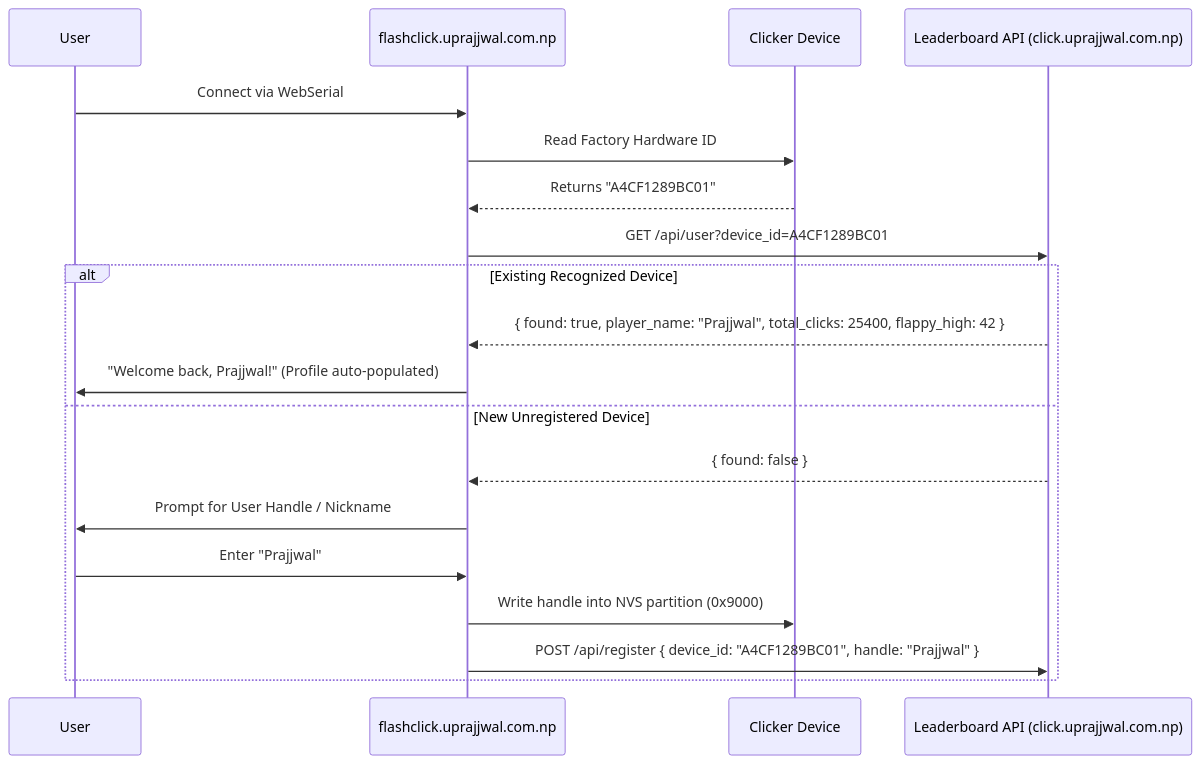
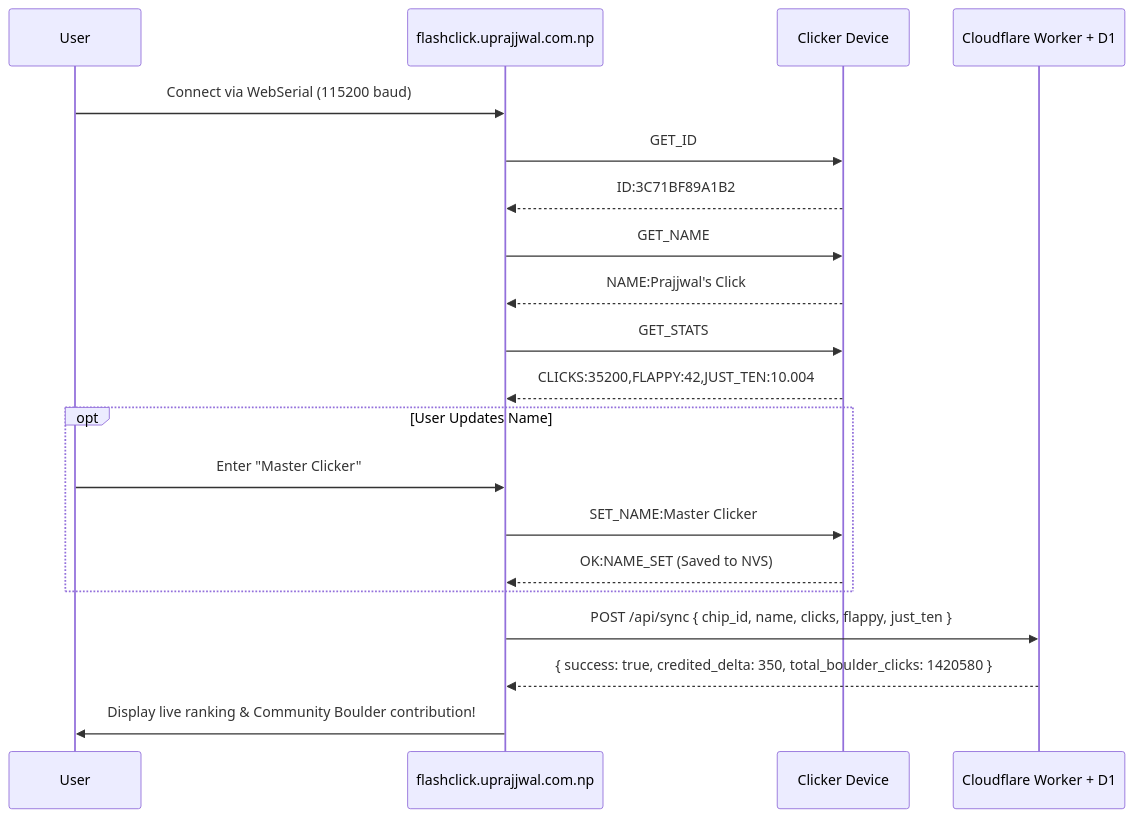
One commit to prajjwalprajjwal/Click changed the diagram in docs/device_identification_and_leaderboard.md. Above: the diagram before and after it, drawn with Mermaid. The commit also changed other lines of this file and 17 other files, not shown here.

````diff
--- a/docs/device_identification_and_leaderboard.md
+++ b/docs/device_identification_and_leaderboard.md
@@ -54,23 +59,25 @@
 ```mermaid
 sequenceDiagram
     participant User
     participant WebFlasher as flashclick.uprajjwal.com.np
     participant Device as Clicker Device
-    participant Backend as Leaderboard API (click.uprajjwal.com.np)
+    participant Cloud as Cloudflare Worker + D1
 
-    User->>WebFlasher: Connect via WebSerial
-    WebFlasher->>Device: Read Factory Hardware ID
-    Device-->>WebFlasher: Returns "A4CF1289BC01"
-    WebFlasher->>Backend: GET /api/user?device_id=A4CF1289BC01
-    
-    alt Existing Recognized Device
-        Backend-->>WebFlasher: { found: true, player_name: "Prajjwal", total_clicks: 25400, flappy_high: 42 }
-        WebFlasher->>User: "Welcome back, Prajjwal!" (Profile auto-populated)
-    else New Unregistered Device
-        Backend-->>WebFlasher: { found: false }
-        WebFlasher->>User: Prompt for User Handle / Nickname
-        User->>WebFlasher: Enter "Prajjwal"
-        WebFlasher->>Device: Write handle into NVS partition (0x9000)
-        WebFlasher->>Backend: POST /api/register { device_id: "A4CF1289BC01", handle: "Prajjwal" }
+    User->>WebFlasher: Connect via WebSerial (115200 baud)
+    WebFlasher->>Device: GET_ID
+    Device-->>WebFlasher: ID:3C71BF89A1B2
+    WebFlasher->>Device: GET_NAME
+    Device-->>WebFlasher: NAME:Prajjwal's Click
+    WebFlasher->>Device: GET_STATS
+    Device-->>WebFlasher: CLICKS:35200,FLAPPY:42,JUST_TEN:10.004
+
+    opt User Updates Name
+        User->>WebFlasher: Enter "Master Clicker"
+        WebFlasher->>Device: SET_NAME:Master Clicker
+        Device-->>WebFlasher: OK:NAME_SET (Saved to NVS)
     end
+
+    WebFlasher->>Cloud: POST /api/sync { chip_id, name, clicks, flappy, just_ten }
+    Cloud-->>WebFlasher: { success: true, credited_delta: 350, total_boulder_clicks: 1420580 }
+    WebFlasher->>User: Display live ranking & Community Boulder contribution!
 ```
````
